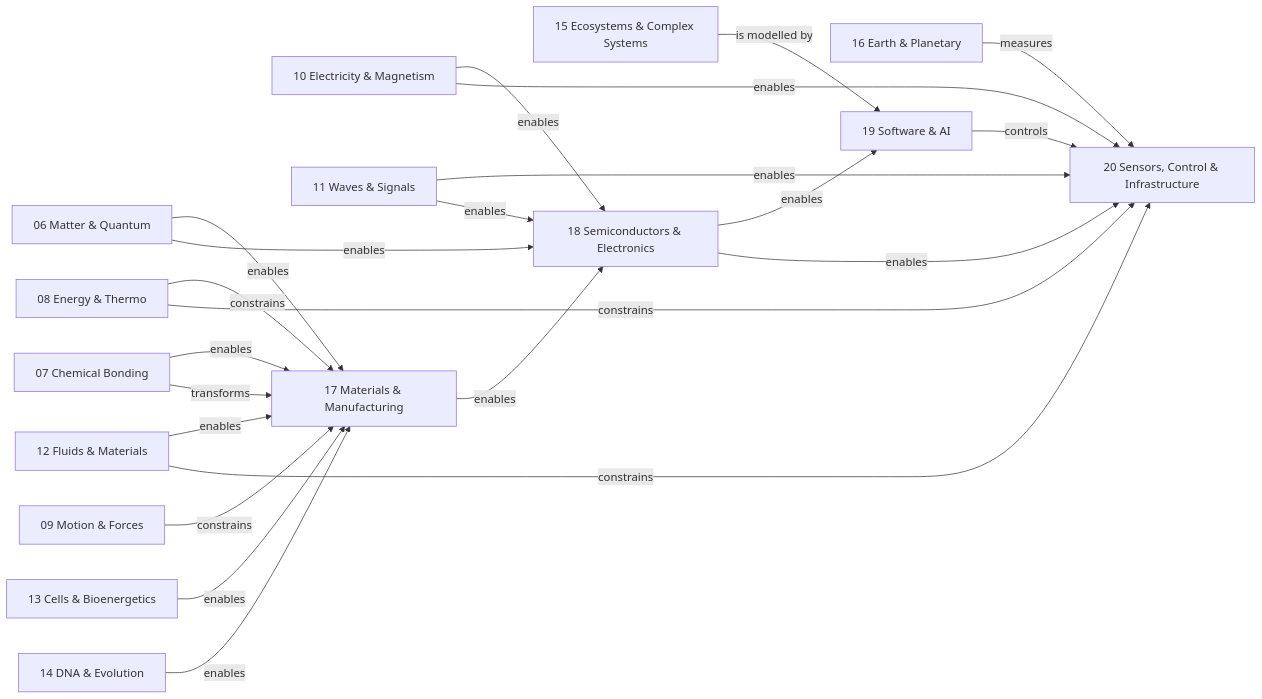
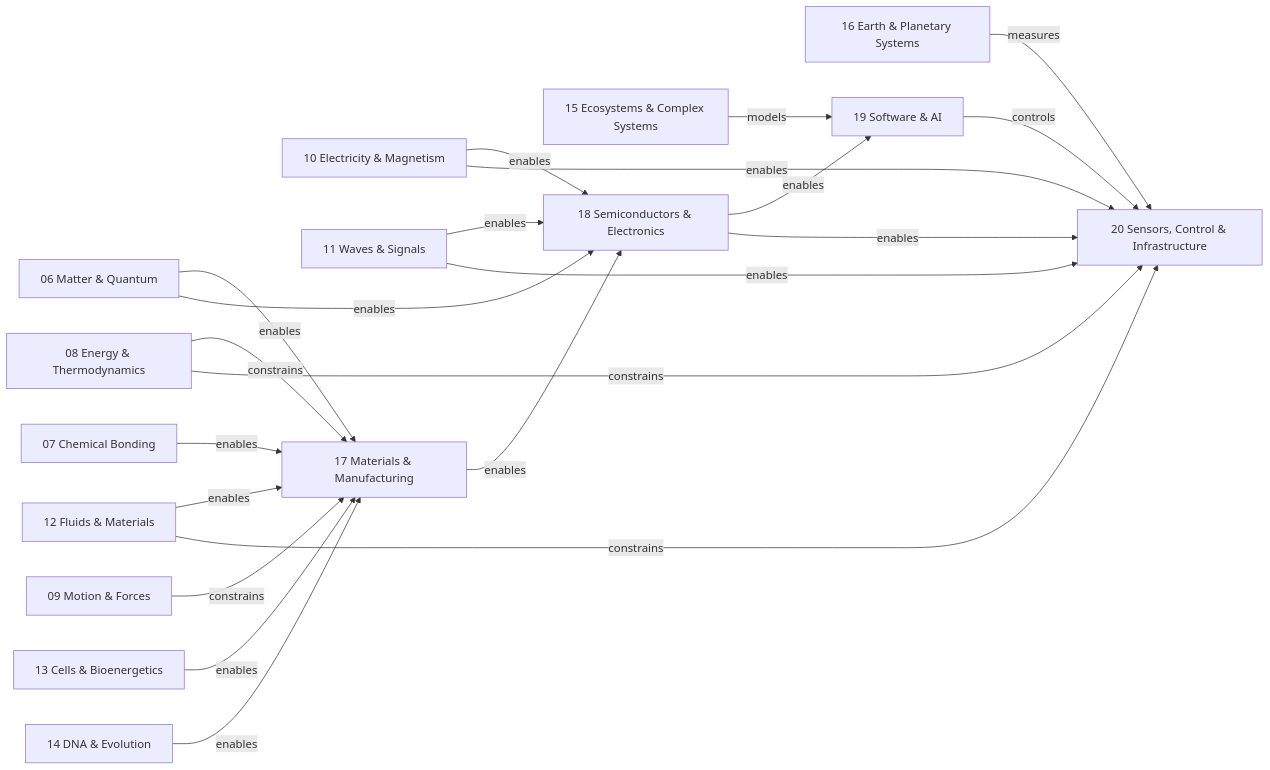
The diagram in maps/science-to-technology-map.md (Rhodan-lab/principle-to-system), drawn with Mermaid before and after one commit. The commit also changed other lines of this file and 32 other files, not shown here.

````diff
--- a/maps/science-to-technology-map.md
+++ b/maps/science-to-technology-map.md
@@ -16,46 +16,39 @@
 ```mermaid
 graph LR
-    %% Science modules
     M06["06 Matter & Quantum"]
     M07["07 Chemical Bonding"]
-    M08["08 Energy & Thermo"]
+    M08["08 Energy & Thermodynamics"]
     M09["09 Motion & Forces"]
     M10["10 Electricity & Magnetism"]
     M11["11 Waves & Signals"]
     M12["12 Fluids & Materials"]
     M13["13 Cells & Bioenergetics"]
     M14["14 DNA & Evolution"]
     M15["15 Ecosystems & Complex Systems"]
-    M16["16 Earth & Planetary"]
-
-    %% Technology modules
+    M16["16 Earth & Planetary Systems"]
     M17["17 Materials & Manufacturing"]
     M18["18 Semiconductors & Electronics"]
     M19["19 Software & AI"]
     M20["20 Sensors, Control & Infrastructure"]
 
-    %% Science → Technology links
     M06 -->|enables| M17
     M06 -->|enables| M18
     M07 -->|enables| M17
-    M07 -->|transforms| M17
     M08 -->|constrains| M17
     M08 -->|constrains| M20
     M09 -->|constrains| M17
     M10 -->|enables| M18
     M10 -->|enables| M20
+    M11 -->|enables| M18
     M11 -->|enables| M20
-    M11 -->|enables| M18
     M12 -->|enables| M17
     M12 -->|constrains| M20
     M13 -->|enables| M17
     M14 -->|enables| M17
-    M15 -->|is modelled by| M19
+    M15 -->|models| M19
     M16 -->|measures| M20
-
-    %% Technology inter-dependencies
     M17 -->|enables| M18
     M18 -->|enables| M19
     M18 -->|enables| M20
     M19 -->|controls| M20
 ```
````
